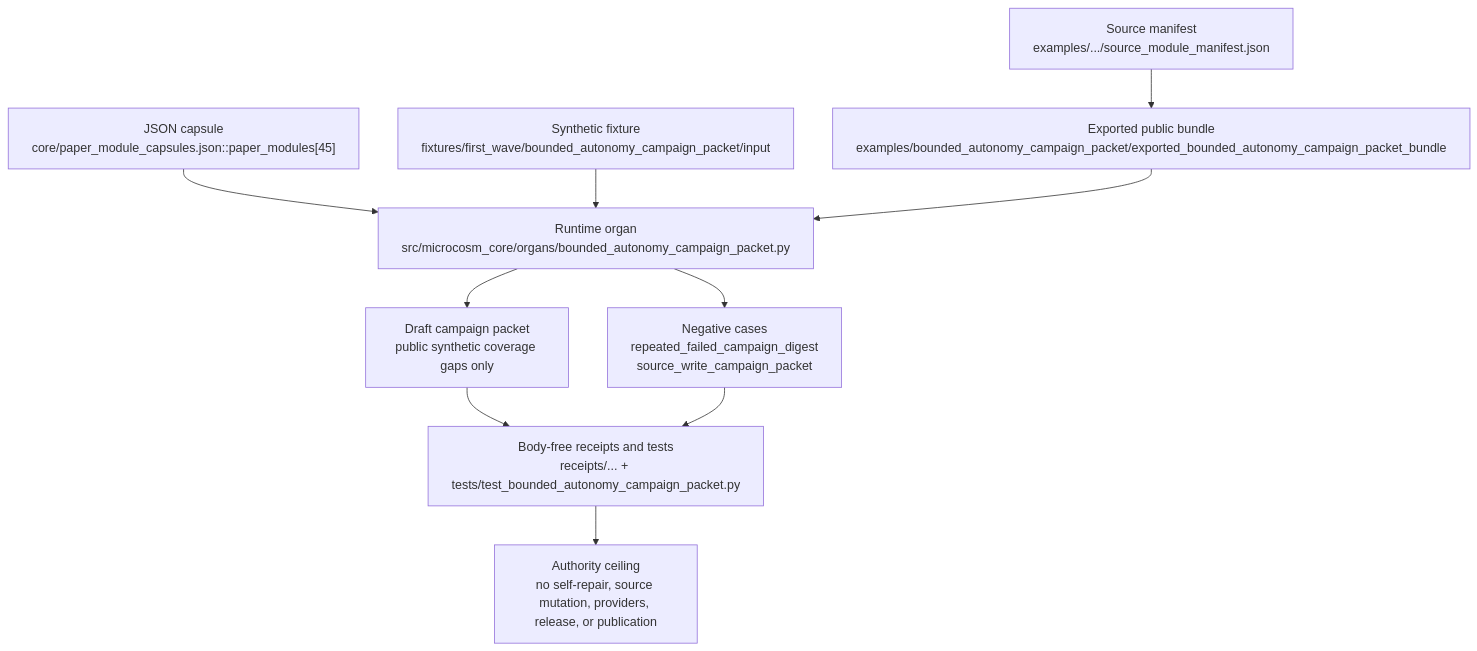
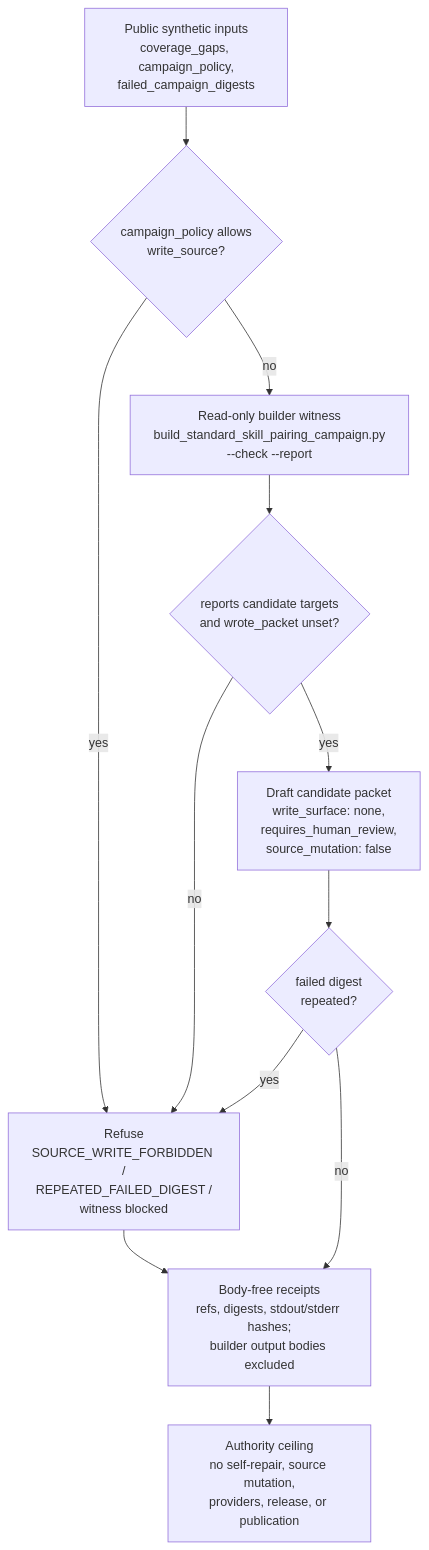
The diagram in paper_modules/bounded_autonomy_campaign_packet.md (wcook04/plectis), drawn with Mermaid before and after one commit. The commit also changed other lines of this file and 90 other files, not shown here.

First line of the commit message:
microcosm: enrich public paper-module prose and Shape diagrams (91 modules)

````diff
--- a/paper_modules/bounded_autonomy_campaign_packet.md
+++ b/paper_modules/bounded_autonomy_campaign_packet.md
@@ -9,22 +37,24 @@
 ```mermaid
 flowchart TD
-  Capsule["JSON capsule<br/>core/paper_module_capsules.json::paper_modules[45]"]
-  Runtime["Runtime organ<br/>src/microcosm_core/organs/bounded_autonomy_campaign_packet.py"]
-  Fixture["Synthetic fixture<br/>fixtures/first_wave/bounded_autonomy_campaign_packet/input"]
-  Bundle["Exported public bundle<br/>examples/bounded_autonomy_campaign_packet/exported_bounded_autonomy_campaign_packet_bundle"]
-  Manifest["Source manifest<br/>examples/.../source_module_manifest.json"]
-  Proposal["Draft campaign packet<br/>public synthetic coverage gaps only"]
-  Refusals["Negative cases<br/>repeated_failed_campaign_digest<br/>source_write_campaign_packet"]
-  Receipts["Body-free receipts and tests<br/>receipts/... + tests/test_bounded_autonomy_campaign_packet.py"]
-  Ceiling["Authority ceiling<br/>no self-repair, source mutation, providers, release, or publication"]
+  Inputs["Public synthetic inputs<br/>coverage_gaps, campaign_policy,<br/>failed_campaign_digests"]
+  PolicyGate{"campaign_policy allows<br/>write_source?"}
+  Witness["Read-only builder witness<br/>build_standard_skill_pairing_campaign.py<br/>--check --report"]
+  WitnessGate{"reports candidate targets<br/>and wrote_packet unset?"}
+  Draft["Draft candidate packet<br/>write_surface: none,<br/>requires_human_review,<br/>source_mutation: false"]
+  DigestGate{"failed digest<br/>repeated?"}
+  Refuse["Refuse<br/>SOURCE_WRITE_FORBIDDEN /<br/>REPEATED_FAILED_DIGEST /<br/>witness blocked"]
+  Receipts["Body-free receipts<br/>refs, digests, stdout/stderr hashes;<br/>builder output bodies excluded"]
+  Ceiling["Authority ceiling<br/>no self-repair, source mutation,<br/>providers, release, or publication"]
 
-  Capsule --> Runtime
-  Fixture --> Runtime
-  Bundle --> Runtime
-  Manifest --> Bundle
-  Runtime --> Proposal
-  Runtime --> Refusals
-  Proposal --> Receipts
-  Refusals --> Receipts
+  Inputs --> PolicyGate
+  PolicyGate -- "yes" --> Refuse
+  PolicyGate -- "no" --> Witness
+  Witness --> WitnessGate
+  WitnessGate -- "no" --> Refuse
+  WitnessGate -- "yes" --> Draft
+  Draft --> DigestGate
+  DigestGate -- "yes" --> Refuse
+  DigestGate -- "no" --> Receipts
+  Refuse --> Receipts
   Receipts --> Ceiling
 ```
````
